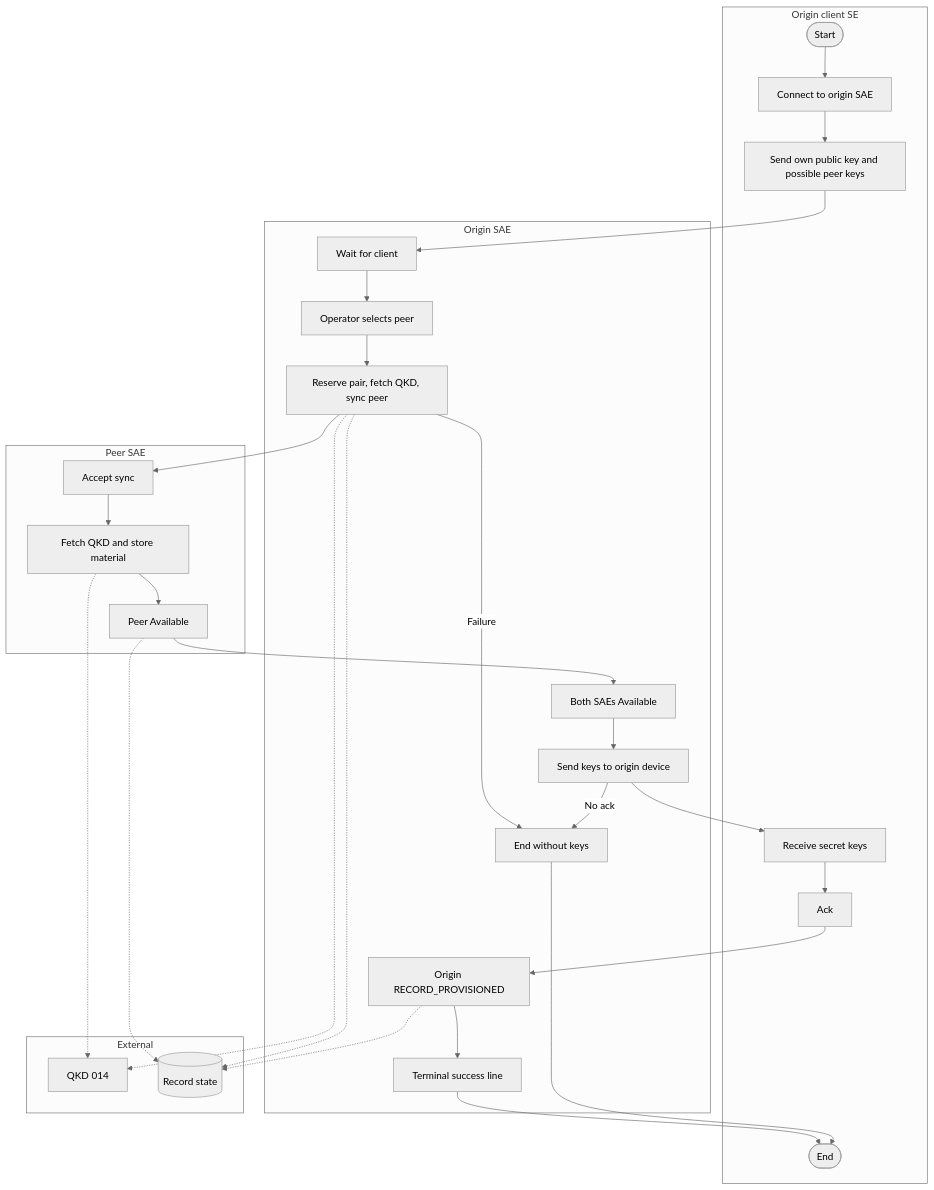
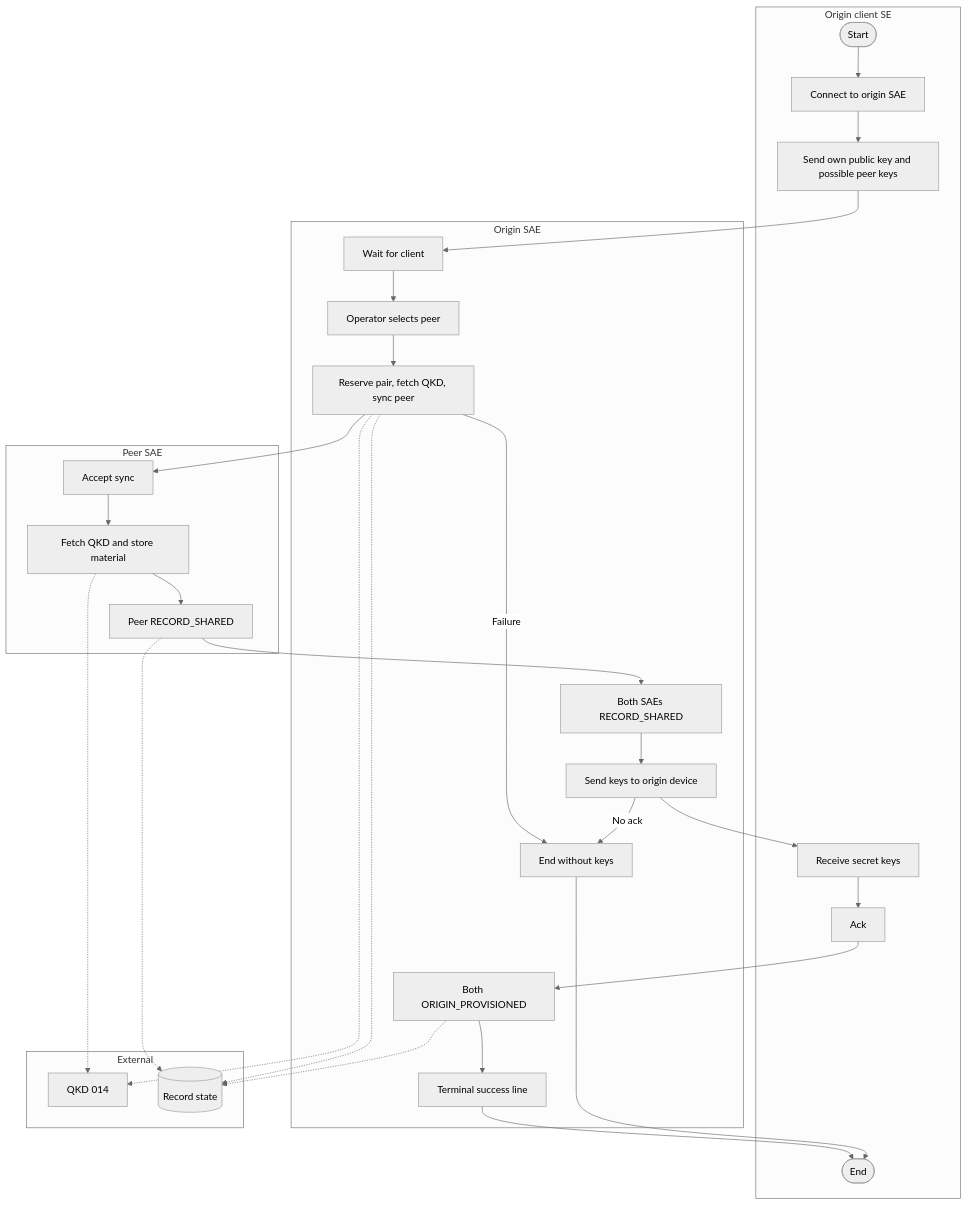
Before and after one commit to vonasmic/one-time-pad-keychain: the first of 10 diagrams in JAVA_APPS/docs/FLOWCHARTS.md, drawn with Mermaid (neutral theme). The commit also changed other lines of this file and 98 other files, not shown here.

````diff
--- a/JAVA_APPS/docs/FLOWCHARTS.md
+++ b/JAVA_APPS/docs/FLOWCHARTS.md
@@ -16,46 +16,46 @@
 ```mermaid
 flowchart TD
     subgraph clientSE [Origin client SE]
         Start([Start])
         Connect[Connect to origin SAE]
         SendKeys[Send own public key and possible peer keys]
         ReceiveKeys[Receive secret keys]
         Ack[Ack]
         End([End])
     end
 
     subgraph originSAE [Origin SAE]
         WaitConn[Wait for client]
         UserChoice[Operator selects peer]
         NewExchange[Reserve pair, fetch QKD, sync peer]
-        BothAvailable[Both SAEs Available]
+        BothAvailable[Both SAEs RECORD_SHARED]
         SendOrigin[Send keys to origin device]
-        MarkProvisioned[Origin RECORD_PROVISIONED]
+        MarkProvisioned[Both ORIGIN_PROVISIONED]
         SuccessLine[Terminal success line]
         NoKeys[End without keys]
     end
 
     subgraph targetSAE [Peer SAE]
         SyncKeys[Accept sync]
         StoreKeys[Fetch QKD and store material]
-        PeerAvailable[Peer Available]
+        PeerAvailable[Peer RECORD_SHARED]
     end
 
     subgraph external [External]
         QKD[QKD 014]
         DB[(Record state)]
     end
 
     Start --> Connect --> SendKeys --> WaitConn --> UserChoice --> NewExchange
     NewExchange -.-> QKD
     NewExchange -.-> DB
     NewExchange --> SyncKeys --> StoreKeys
     StoreKeys -.-> QKD
     StoreKeys --> PeerAvailable -.-> DB
     PeerAvailable --> BothAvailable
     BothAvailable --> SendOrigin --> ReceiveKeys --> Ack --> MarkProvisioned
     MarkProvisioned -.-> DB
     MarkProvisioned --> SuccessLine --> End
     NewExchange -->|Failure| NoKeys --> End
     SendOrigin -->|No ack| NoKeys
 ```
````
